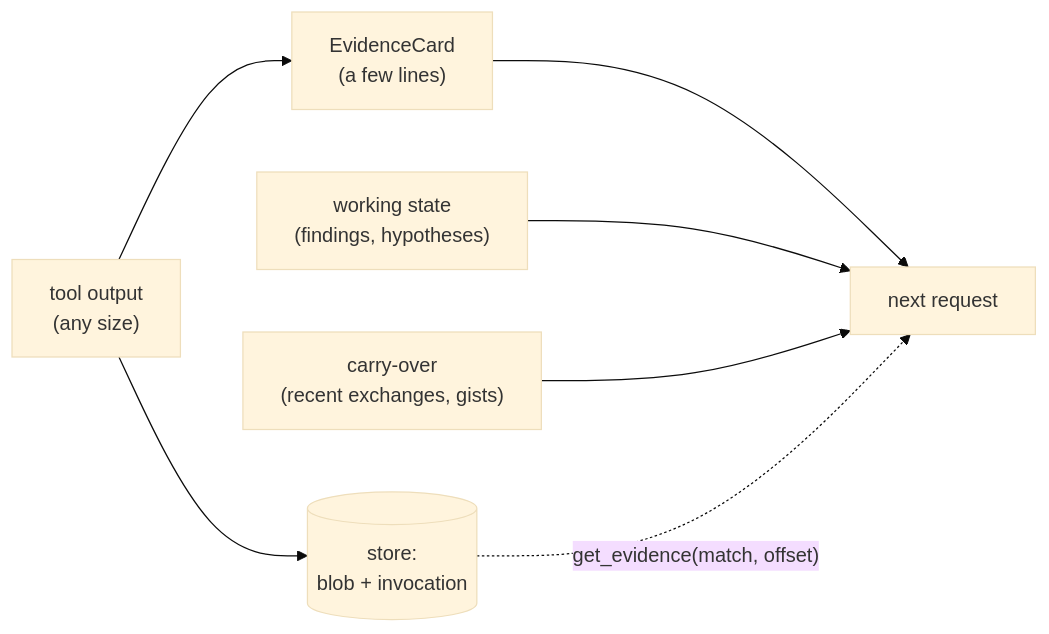
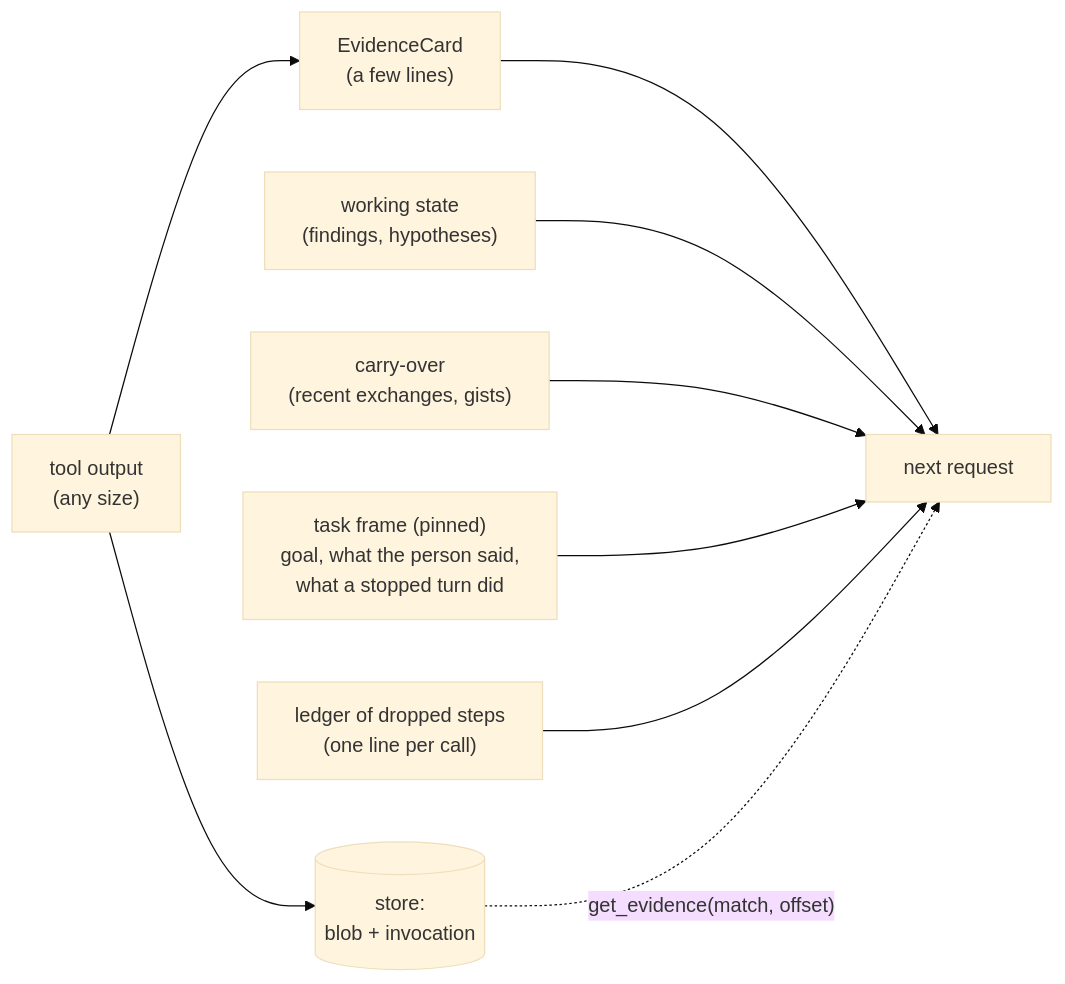
The fourth of 5 diagrams in docs/ARCHITECTURE.md (0x00vb/ARK), drawn with Mermaid (base theme) before and after one commit. The commit also changed other lines of this file and 50 other files, not shown here.

````diff
--- a/docs/ARCHITECTURE.md
+++ b/docs/ARCHITECTURE.md
@@ -128,9 +128,11 @@
 ```mermaid
 flowchart LR
     out["tool output<br/>(any size)"] --> store[("store:<br/>blob + invocation")]
     out --> card["EvidenceCard<br/>(a few lines)"]
     card --> req["next request"]
     state["working state<br/>(findings, hypotheses)"] --> req
     carry["carry-over<br/>(recent exchanges, gists)"] --> req
+    head["task frame (pinned)<br/>goal, what the person said,<br/>what a stopped turn did"] --> req
+    ledger["ledger of dropped steps<br/>(one line per call)"] --> req
     store -. "get_evidence(match, offset)" .-> req
 ```
````
